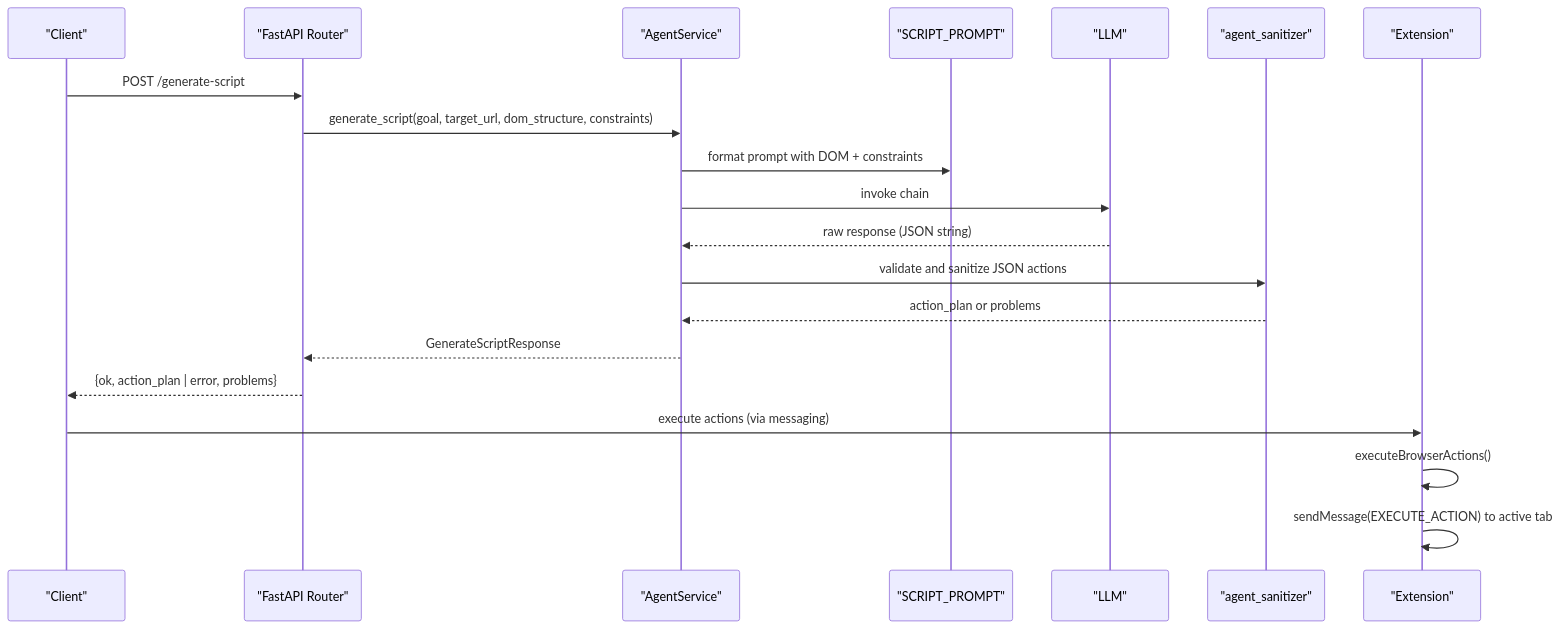
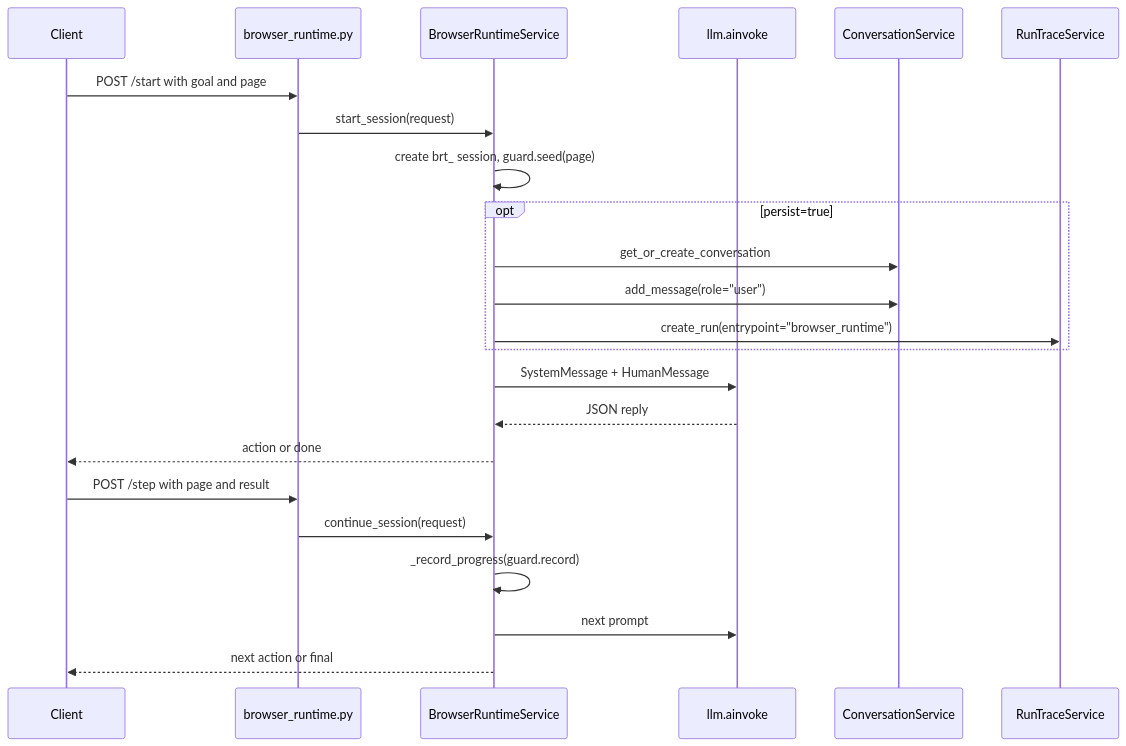
The second of 6 diagrams in src/data/docs/agentic-browser/Browser Automation/Dynamic Script Generation.md (tashifkhan/tashif.codes), drawn with Mermaid before and after one commit. The commit also changed other lines of this file and 114 other files, not shown here.

````diff
--- a/src/data/docs/agentic-browser/Browser Automation/Dynamic Script Generation.md
+++ b/src/data/docs/agentic-browser/Browser Automation/Dynamic Script Generation.md
@@ -61,22 +70,25 @@
 ```mermaid
 sequenceDiagram
-participant Client as "Client"
-participant Router as "FastAPI Router"
-participant Service as "AgentService"
-participant Prompt as "SCRIPT_PROMPT"
-participant LLM as "LLM"
-participant Sanitizer as "agent_sanitizer"
-participant Ext as "Extension"
-Client->>Router : POST /generate-script
-Router->>Service : generate_script(goal, target_url, dom_structure, constraints)
-Service->>Prompt : format prompt with DOM + constraints
-Service->>LLM : invoke chain
-LLM-->>Service : raw response (JSON string)
-Service->>Sanitizer : validate and sanitize JSON actions
-Sanitizer-->>Service : action_plan or problems
-Service-->>Router : GenerateScriptResponse
-Router-->>Client : {ok, action_plan | error, problems}
-Client->>Ext : execute actions (via messaging)
-Ext->>Ext : executeBrowserActions()
-Ext->>Ext : sendMessage(EXECUTE_ACTION) to active tab
+  participant C as Client
+  participant R as browser_runtime.py
+  participant S as BrowserRuntimeService
+  participant L as llm.ainvoke
+  participant K as ConversationService
+  participant T as RunTraceService
+  C->>R: POST /start with goal and page
+  R->>S: start_session(request)
+  S->>S: create brt_ session, guard.seed(page)
+  opt persist=true
+    S->>K: get_or_create_conversation
+    S->>K: add_message(role="user")
+    S->>T: create_run(entrypoint="browser_runtime")
+  end
+  S->>L: SystemMessage + HumanMessage
+  L-->>S: JSON reply
+  S-->>C: action or done
+  C->>R: POST /step with page and result
+  R->>S: continue_session(request)
+  S->>S: _record_progress(guard.record)
+  S->>L: next prompt
+  S-->>C: next action or final
 ```
````
